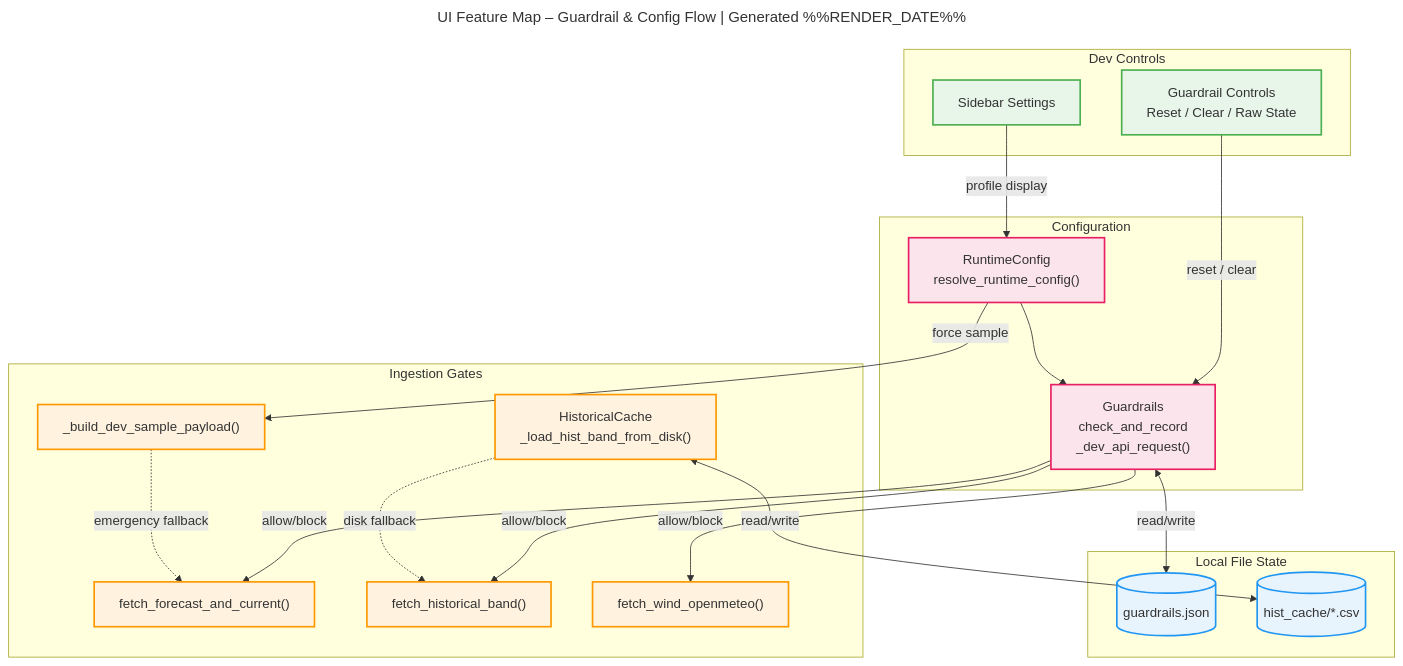
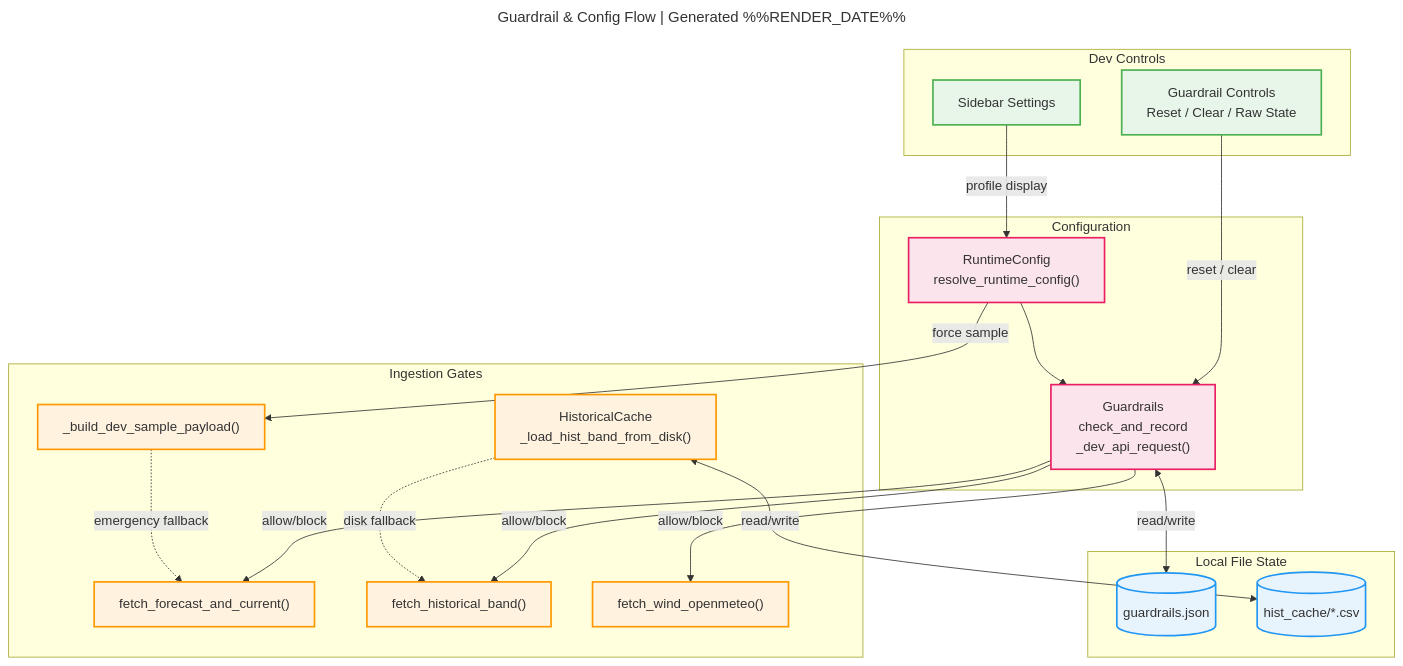
The sixth of 7 diagrams in docs/c4/c4-ui-feature-map.md (RobinWikoff/the-farm-monitor), drawn with Mermaid before and after one commit. The commit also changed other lines of this file and 30 other files, not shown here.

First line of the commit message:
Add diagram standards: DM Sans font, two-line header, A4 sizing

````diff
--- a/docs/c4/c4-ui-feature-map.md
+++ b/docs/c4/c4-ui-feature-map.md
@@ -242,53 +242,53 @@
 ```mermaid
 ---
-title: UI Feature Map – Guardrail & Config Flow | Generated %%RENDER_DATE%%
+title: "Guardrail & Config Flow | Generated %%RENDER_DATE%%"
 ---
 flowchart TD
     subgraph UI["Dev Controls"]
         sidebar["Sidebar Settings"]
         guardrail_controls["Guardrail Controls\nReset / Clear / Raw State"]
     end
 
     subgraph CFG["Configuration"]
         runtime["RuntimeConfig\nresolve_runtime_config()"]
         guardrails["Guardrails\ncheck_and_record\n_dev_api_request()"]
     end
 
     subgraph ING["Ingestion Gates"]
         vc_fetch["fetch_forecast_and_current()"]
         hist_fetch["fetch_historical_band()"]
         wind_fetch["fetch_wind_openmeteo()"]
         sample["_build_dev_sample_payload()"]
         hist_cache["HistoricalCache\n_load_hist_band_from_disk()"]
     end
 
     subgraph FS["Local File State"]
         guard_json[("guardrails.json")]
         hist_csv[("hist_cache/*.csv")]
     end
 
     sidebar -->|"profile display"| runtime
     guardrail_controls -->|"reset / clear"| guardrails
 
     runtime --> guardrails
     guardrails -->|"allow/block"| vc_fetch
     guardrails -->|"allow/block"| hist_fetch
     guardrails -->|"allow/block"| wind_fetch
     runtime -->|"force sample"| sample
 
     guardrails <-->|"read/write"| guard_json
     hist_cache <-->|"read/write"| hist_csv
 
     sample -.->|"emergency fallback"| vc_fetch
     hist_cache -.->|"disk fallback"| hist_fetch
 
     classDef ui fill:#e8f5e9,stroke:#4CAF50,stroke-width:2px
     classDef config fill:#fce4ec,stroke:#E91E63,stroke-width:2px
     classDef ingestion fill:#fff3e0,stroke:#FF9800,stroke-width:2px
     classDef storage fill:#e8f4fd,stroke:#2196F3,stroke-width:2px
 
     class sidebar,guardrail_controls ui
     class runtime,guardrails config
     class vc_fetch,hist_fetch,wind_fetch,sample,hist_cache ingestion
     class guard_json,hist_csv storage
 ```
````
